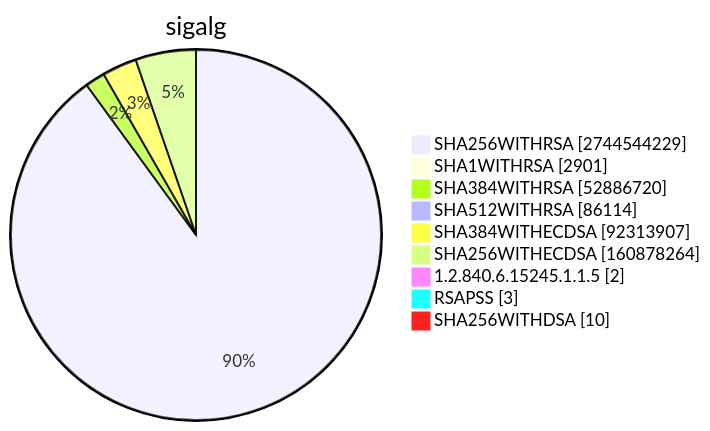
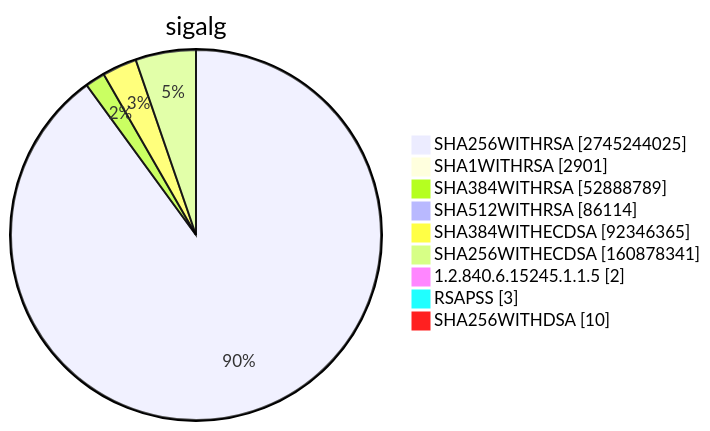
Diagram 15 of 15 in TOTAL/README.md (christiankrug/ctmonitor_visualization), drawn with Mermaid before and after one commit. The commit also changed other lines of this file, not shown here.

````diff
--- a/TOTAL/README.md
+++ b/TOTAL/README.md
@@ -6206,13 +6206,13 @@
 ```mermaid
 pie showData
 title sigalg
-"SHA256WITHRSA" :2744544229
+"SHA256WITHRSA" :2745244025
 "SHA1WITHRSA" :2901
-"SHA384WITHRSA" :52886720
+"SHA384WITHRSA" :52888789
 "SHA512WITHRSA" :86114
-"SHA384WITHECDSA" :92313907
-"SHA256WITHECDSA" :160878264
+"SHA384WITHECDSA" :92346365
+"SHA256WITHECDSA" :160878341
 "1.2.840.6.15245.1.1.5" :2
 "RSAPSS" :3
 "SHA256WITHDSA" :10
 ```
````
